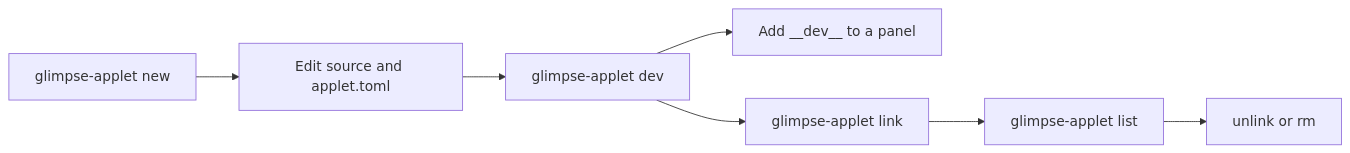
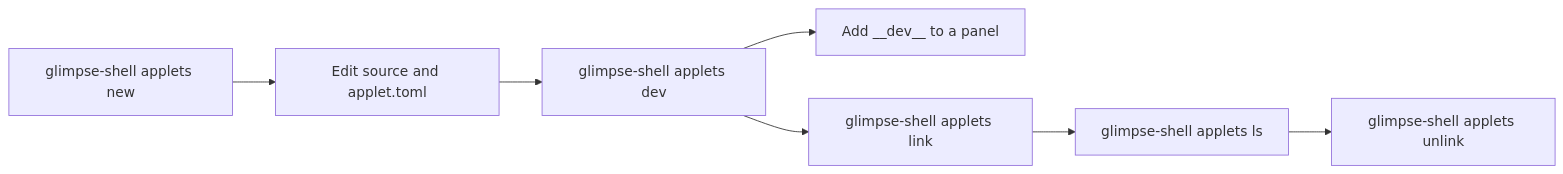
Before and after one commit to alex-oleshkevich/glimpse: the diagram in docs/custom-applets/tooling.md, drawn with Mermaid. The commit also changed other lines of this file and 7 other files, not shown here.

First line of the commit message:
docs: update for glimpse-shell applets CLI + IPC SDK

````diff
--- a/docs/custom-applets/tooling.md
+++ b/docs/custom-applets/tooling.md
@@ -15,9 +15,9 @@
 ```mermaid
 flowchart LR
-    New["glimpse-applet new"] --> Edit["Edit source and applet.toml"]
-    Edit --> Dev["glimpse-applet dev"]
+    New["glimpse-shell applets new"] --> Edit["Edit source and applet.toml"]
+    Edit --> Dev["glimpse-shell applets dev"]
     Dev --> Panel["Add __dev__ to a panel"]
-    Dev --> Link["glimpse-applet link"]
-    Link --> List["glimpse-applet list"]
-    List --> Remove["unlink or rm"]
+    Dev --> Link["glimpse-shell applets link"]
+    Link --> List["glimpse-shell applets ls"]
+    List --> Remove["glimpse-shell applets unlink"]
 ```
````
